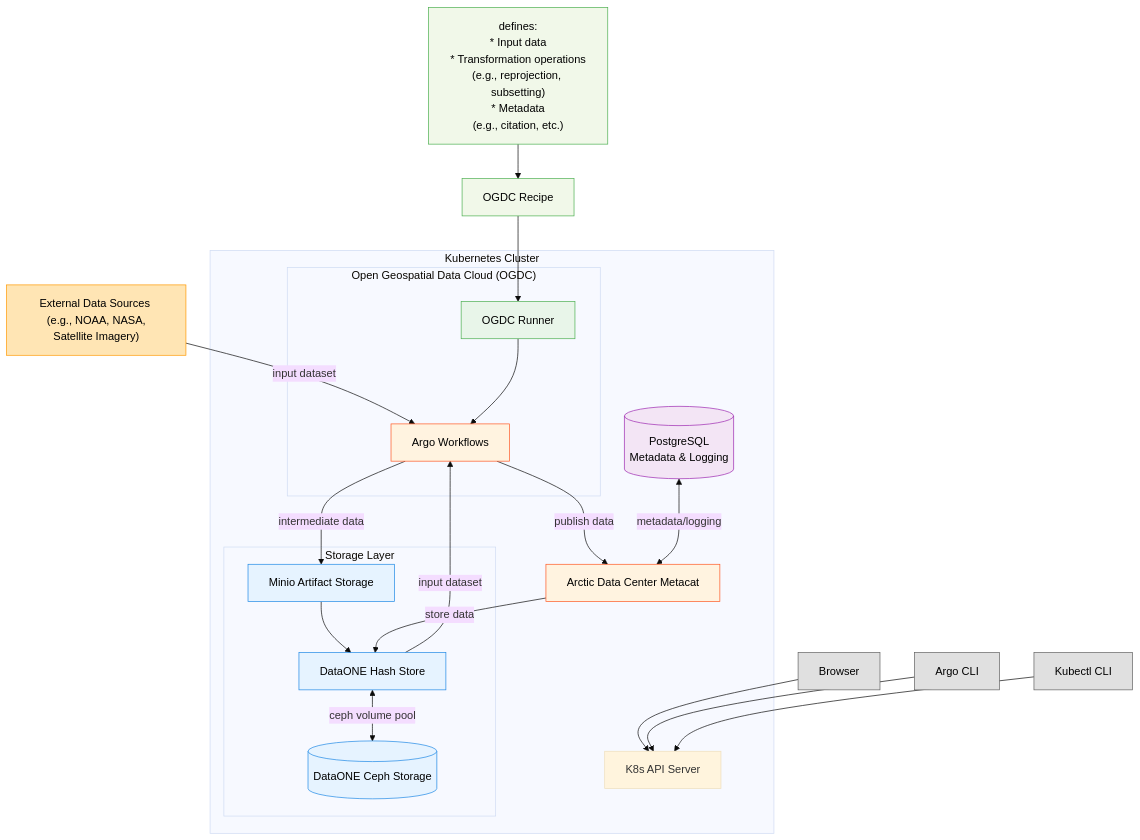
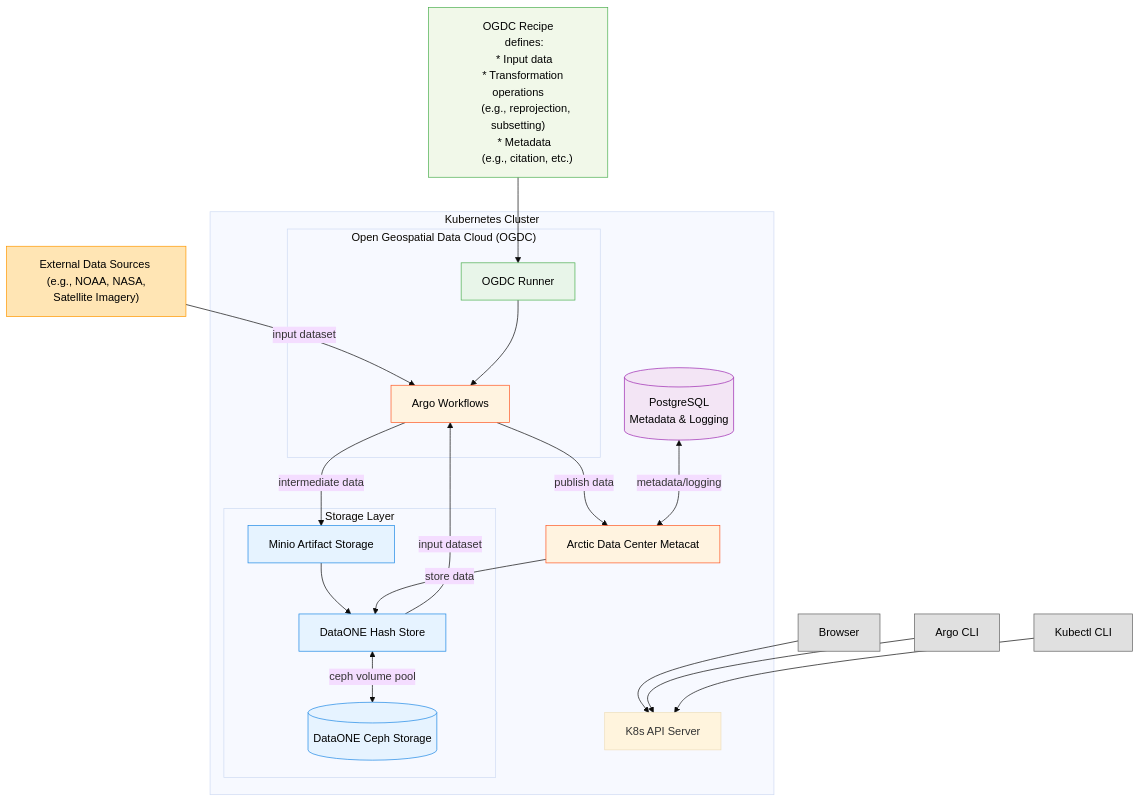
One commit to QGreenland-Net/qgreenland-net.github.io changed the first of 2 diagrams in diagrams/high-level-architecture-v3.3.qmd. Above: the diagram before and after it, drawn with Mermaid (base theme).

Commit message:
Update ogdc recipe box

````diff
--- a/diagrams/high-level-architecture-v3.3.qmd
+++ b/diagrams/high-level-architecture-v3.3.qmd
@@ -9,77 +9,75 @@
 ```{mermaid}
 flowchart TD
     %% Color definitions
     classDef externalData fill:#FFE5B4,stroke:#FF9800,color:#000;
     classDef storage fill:#E6F3FF,stroke:#1E88E5,color:#000;
     classDef compute fill:#E8F5E9,stroke:#4CAF50,color:#000;
     classDef service fill:#FFF3E0,stroke:#FF5722,color:#000;
     classDef database fill:#F3E5F5,stroke:#9C27B0,color:#000;
     classDef cli fill:#E0E0E0,stroke:#616161,color:#000;
     classDef recipe fill:#F1F8E9,stroke:#4CAF50,color:#000;
 
     %% External Components
     Browser[Browser]:::cli
     ArgoCLI["Argo CLI"]:::cli
     KubectlCLI["Kubectl CLI"]:::cli
 
     %% External Data Sources
     external_data["External Data Sources <br> (e.g., NOAA, NASA, Satellite Imagery)"]:::externalData
 
     %% OGDC Recipe (Outside K8s Cluster)
-    ogdc_recipe["OGDC Recipe"]:::recipe
-    recipe_details["`defines:
+    ogdc_recipe["OGDC Recipe
+    defines:
     * Input data
     * Transformation operations
       (e.g., reprojection, subsetting)
     * Metadata
-      (e.g., citation, etc.)
-    `"]:::recipe
+      (e.g., citation, etc.)"]:::recipe
 
     %% Kubernetes Cluster
     subgraph K8s_Cluster["Kubernetes Cluster"]
         K8s_API["K8s API Server"]
 
         %% Storage and Compute Components
         subgraph storage_layer["Storage Layer"]
             dataone_hash["DataONE Hash Store"]:::storage
             cephfs[(DataONE Ceph Storage)]:::storage
             minio["Minio Artifact Storage"]:::storage
         end
 
         %% Database Component
         postgresql[("PostgreSQL <br> Metadata & Logging")]:::database
 
         %% OGDC Service Components
         subgraph OGDC["Open Geospatial Data Cloud (OGDC)"]
             ogdc_runner["OGDC Runner"]:::compute
             argo_workflows["Argo Workflows"]:::service
         end
 
         %% Arctic Data Center
         ADC_metacat["Arctic Data Center Metacat"]:::service
     end
 
     %% Connections
     Browser --> K8s_API
     ArgoCLI --> K8s_API
     KubectlCLI --> K8s_API
 
     %% Recipe and Data Flow
     ogdc_recipe --> ogdc_runner
-    recipe_details --> ogdc_recipe
 
     external_data -->|"input dataset"| argo_workflows
 
     ogdc_runner --> argo_workflows
     dataone_hash -->|"input dataset"| argo_workflows
 
     argo_workflows -->|"intermediate data"| minio
     minio --> dataone_hash
 
     argo_workflows -->|"publish data"| ADC_metacat
     ADC_metacat -->|"store data"| dataone_hash
 
     dataone_hash <-->|"ceph volume pool"| cephfs
 
     postgresql <-->|"metadata/logging"| ADC_metacat
 ```
````
